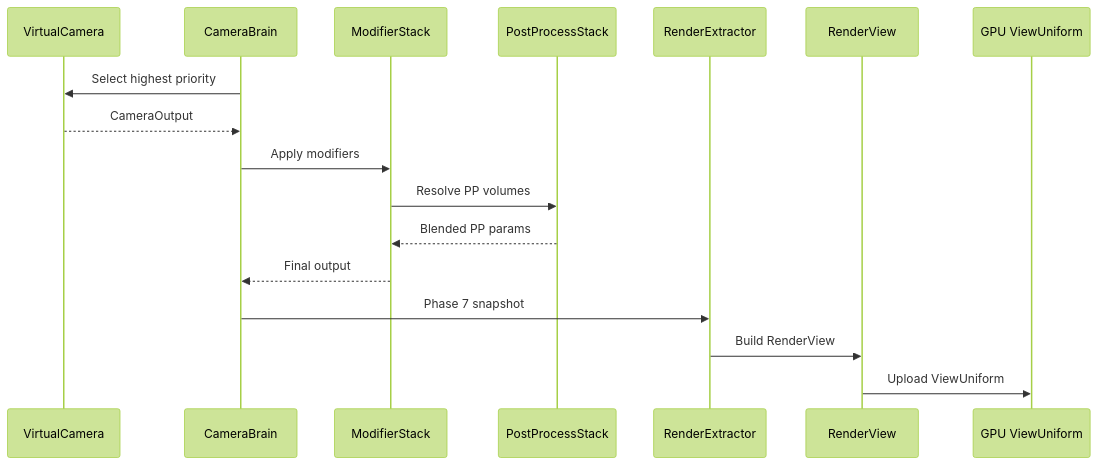
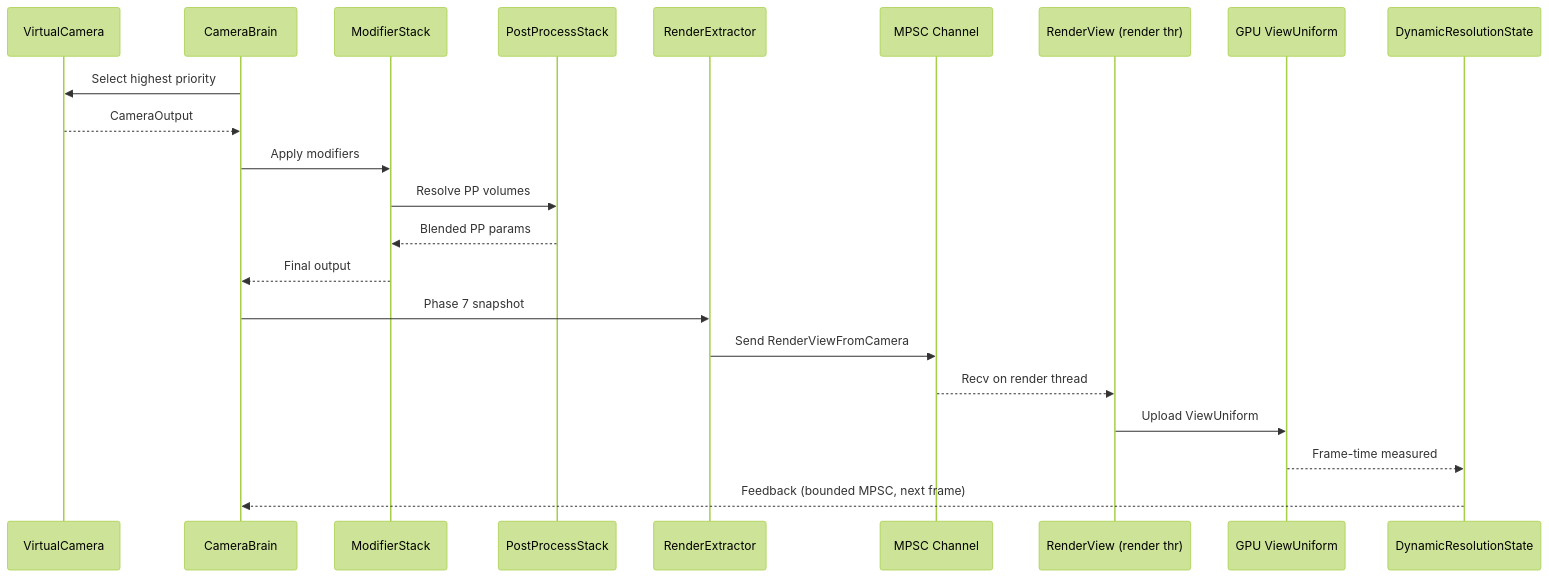
Before and after one commit to harmonius-dev/harmonius: the second of 2 diagrams in docs/design/integration/rendering-camera.md, drawn with Mermaid (forest theme). The commit also changed other lines of this file and 109 other files, not shown here.

````diff
--- a/docs/design/integration/rendering-camera.md
+++ b/docs/design/integration/rendering-camera.md
@@ -108,20 +341,25 @@
 ```mermaid
 sequenceDiagram
     participant VC as VirtualCamera
     participant CB as CameraBrain
     participant MS as ModifierStack
     participant PP as PostProcessStack
     participant EX as RenderExtractor
-    participant RV as RenderView
+    participant CH as MPSC Channel
+    participant RV as RenderView (render thr)
     participant GPU as GPU ViewUniform
+    participant DRS as DynamicResolutionState
 
     CB->>VC: Select highest priority
     VC-->>CB: CameraOutput
     CB->>MS: Apply modifiers
     MS->>PP: Resolve PP volumes
     PP-->>MS: Blended PP params
     MS-->>CB: Final output
     CB->>EX: Phase 7 snapshot
-    EX->>RV: Build RenderView
+    EX->>CH: Send RenderViewFromCamera
+    CH-->>RV: Recv on render thread
     RV->>GPU: Upload ViewUniform
+    GPU-->>DRS: Frame-time measured
+    DRS-->>CB: Feedback (bounded MPSC, next frame)
 ```
````
